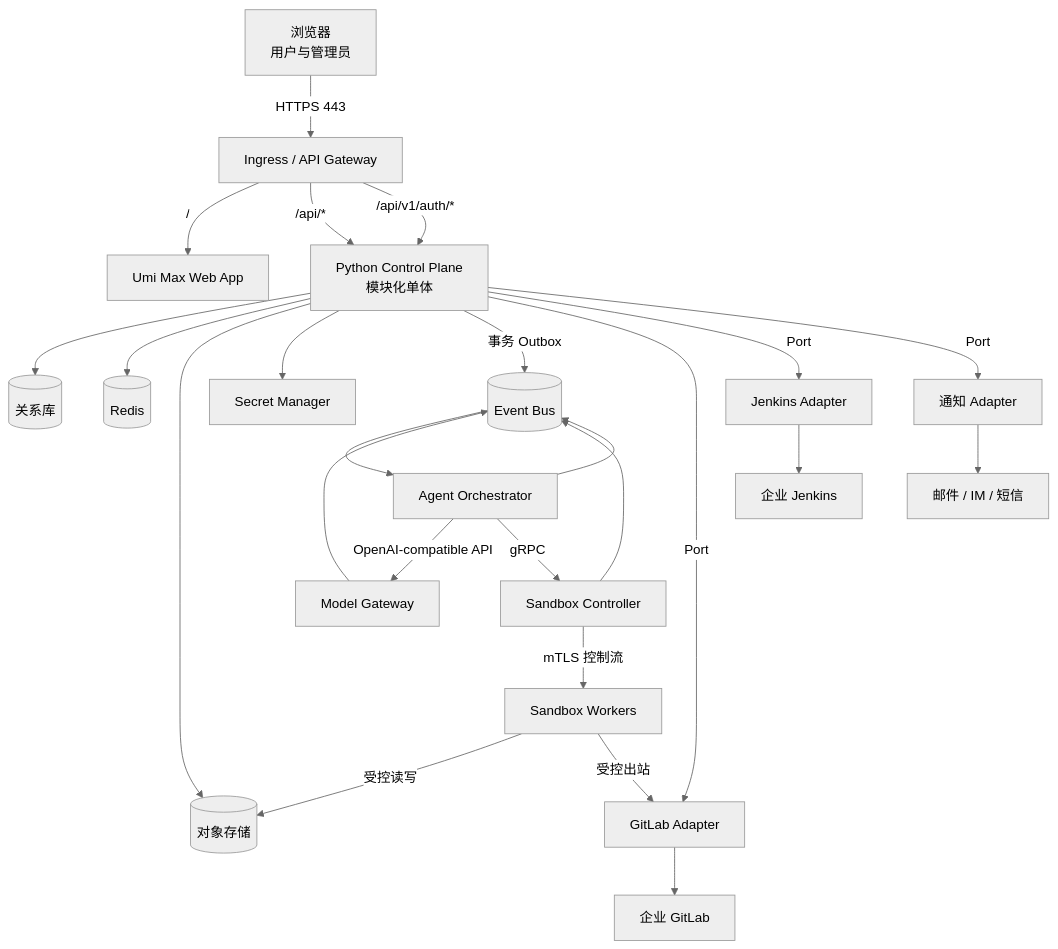
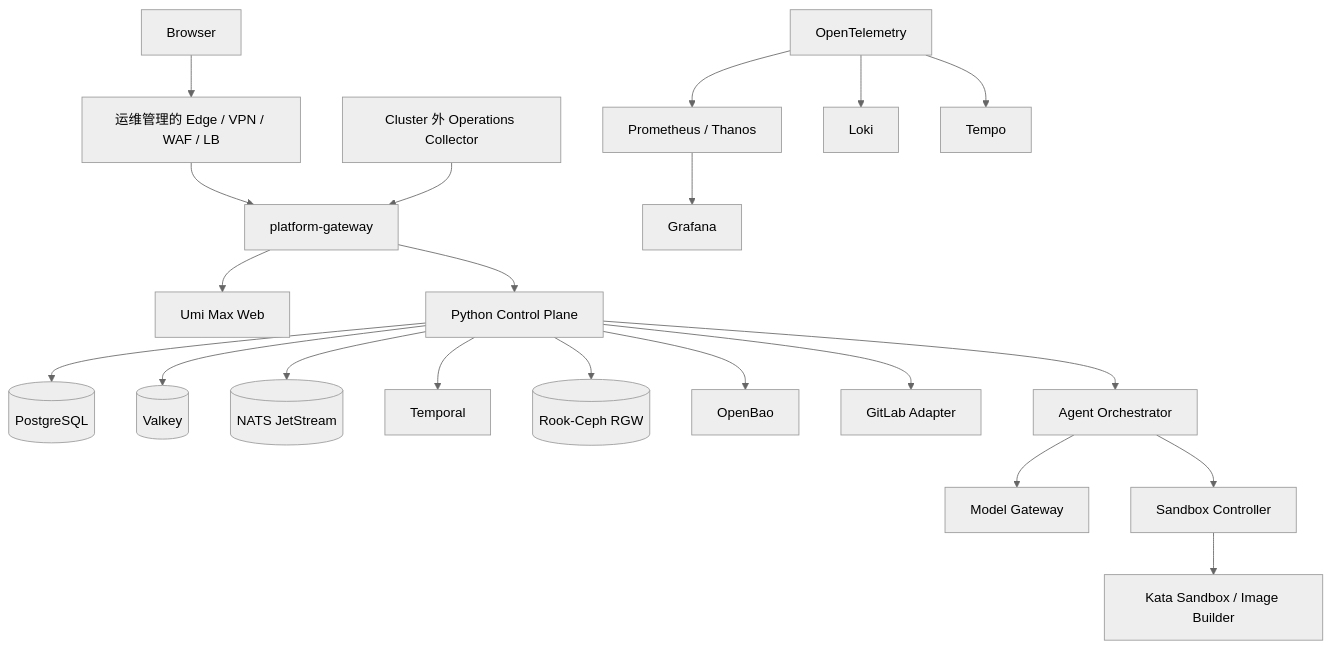
The diagram in docs/architecture/07-platform-technical-architecture-detail.md (unif-code/engineering-platform), drawn with Mermaid (neutral theme) before and after one commit. The commit also changed other lines of this file and 17 other files, not shown here.

Commit message:
docs(architecture): finalize approved architecture baseline

````diff
--- a/docs/architecture/07-platform-technical-architecture-detail.md
+++ b/docs/architecture/07-platform-technical-architecture-detail.md
@@ -109,31 +96,26 @@
-```mermaid
+~~~mermaid
 flowchart TB
-  Browser[浏览器<br/>用户与管理员] -->|HTTPS 443| Ingress[Ingress / API Gateway]
-  Ingress -->|/| Web[Umi Max Web App]
-  Ingress -->|/api/*| CP[Python Control Plane<br/>模块化单体]
-  Ingress -->|/api/v1/auth/*| CP
+  Browser[Browser] --> Edge[运维管理的 Edge / VPN / WAF / LB]
+  Edge --> Gateway[platform-gateway]
+  Gateway --> Web[Umi Max Web]
+  Gateway --> CP[Python Control Plane]
 
-  CP --> RDB[(关系库)]
-  CP --> Redis[(Redis)]
-  CP --> Object[(对象存储)]
-  CP --> Secret[Secret Manager]
-  CP -->|事务 Outbox| Bus[(Event Bus)]
+  CP --> PG[(PostgreSQL)]
+  CP --> Cache[(Valkey)]
+  CP --> Bus[(NATS JetStream)]
+  CP --> Temporal[Temporal]
+  CP --> Object[(Rook-Ceph RGW)]
+  CP --> Bao[OpenBao]
 
-  CP -->|Port| GitLab[GitLab Adapter]
-  CP -->|Port| Jenkins[Jenkins Adapter]
-  CP -->|Port| Notify[通知 Adapter]
+  CP --> GitLab[GitLab Adapter]
+  CP --> Orchestrator[Agent Orchestrator]
+  Orchestrator --> Model[Model Gateway]
+  Orchestrator --> SandboxCtl[Sandbox Controller]
+  SandboxCtl --> Kata[Kata Sandbox / Image Builder]
 
-  Bus --> Orchestrator[Agent Orchestrator]
-  Orchestrator -->|OpenAI-compatible API| Gateway[Model Gateway]
-  Orchestrator -->|gRPC| SandboxCtl[Sandbox Controller]
-  SandboxCtl -->|mTLS 控制流| Workers[Sandbox Workers]
-
-  Orchestrator --> Bus
-  Gateway --> Bus
-  SandboxCtl --> Bus
-  GitLab --> ExternalGitLab[企业 GitLab]
-  Jenkins --> ExternalJenkins[企业 Jenkins]
-  Notify --> ExternalNotify[邮件 / IM / 短信]
-  Workers -->|受控读写| Object
-  Workers -->|受控出站| GitLab
-```
+  OpsCollector[Cluster 外 Operations Collector] --> Gateway
+  OTel[OpenTelemetry] --> Metrics[Prometheus / Thanos]
+  OTel --> Logs[Loki]
+  OTel --> Traces[Tempo]
+  Metrics --> Grafana[Grafana]
+~~~
````
